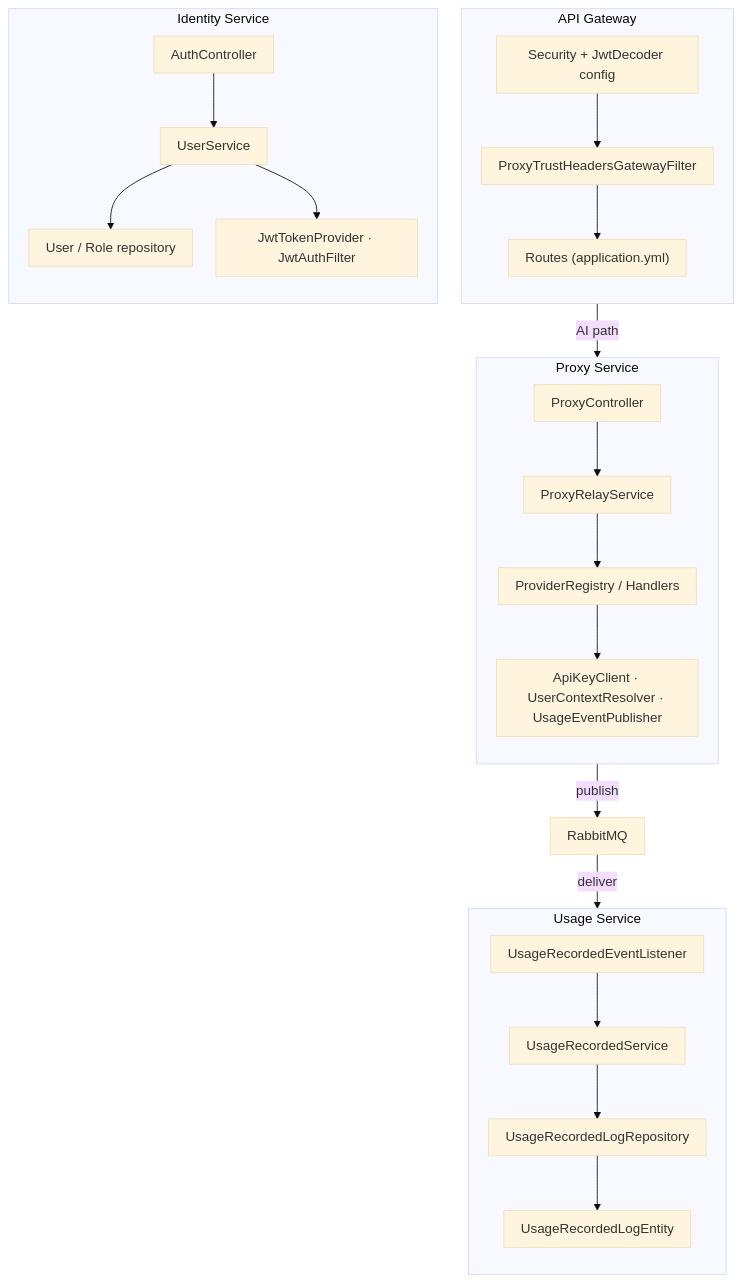
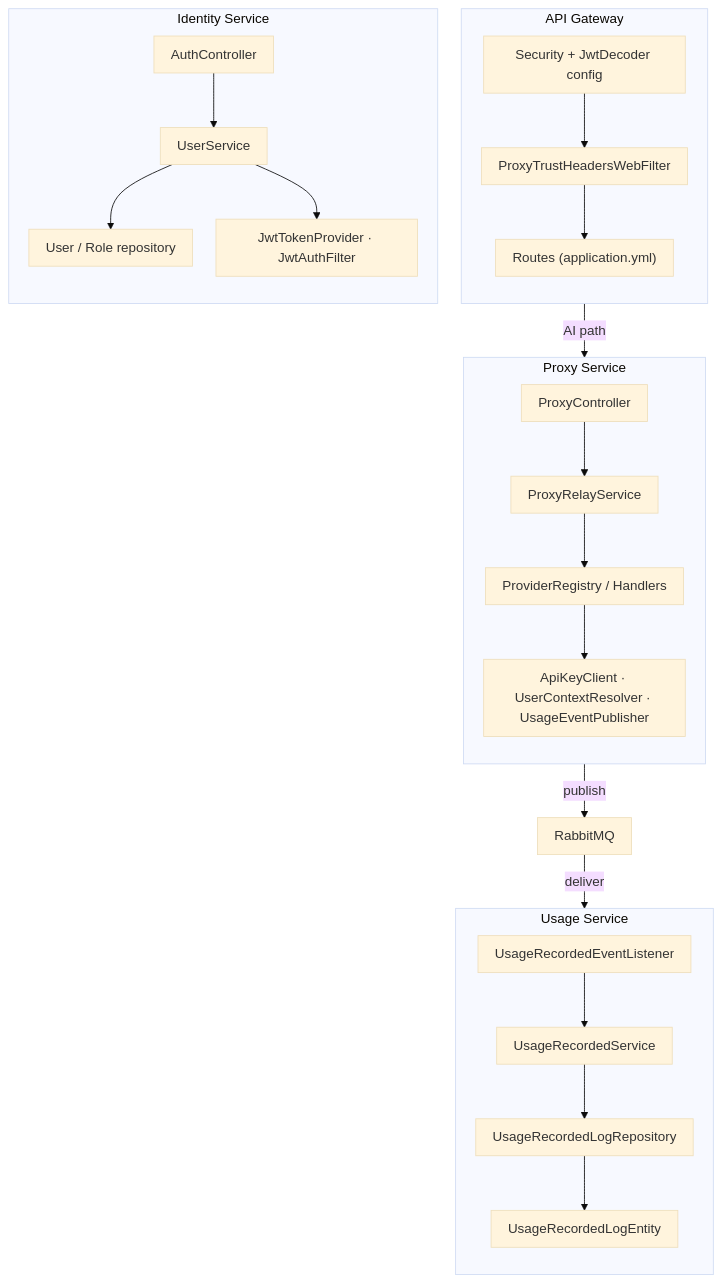
One commit to Zero-Bug-Freinds/ai-api-usage-monitor changed the third of 11 diagrams in docs/c4-architecture-diagrams.md. Above: the diagram before and after it, drawn with Mermaid (base theme). The commit also changed other lines of this file and 12 other files, not shown here.

````diff
--- a/docs/c4-architecture-diagrams.md
+++ b/docs/c4-architecture-diagrams.md
@@ -111,45 +111,45 @@
 ```mermaid
 %%{init: {'flowchart': {'htmlLabels': true, 'nodeSpacing': 28, 'rankSpacing': 40, 'padding': 10}}}%%
 flowchart TB
   subgraph GW["API Gateway"]
     direction TB
     gwSec["Security + JwtDecoder config"]
-    gwFilter["ProxyTrustHeadersGatewayFilter"]
+    gwFilter["ProxyTrustHeadersWebFilter"]
     gwRoute["Routes (application.yml)"]
     gwSec --> gwFilter --> gwRoute
   end
 
   subgraph PX["Proxy Service"]
     direction TB
     pxCtl["ProxyController"]
     pxRelay["ProxyRelayService"]
     pxReg["ProviderRegistry / Handlers"]
     pxRow["ApiKeyClient · UserContextResolver · UsageEventPublisher"]
     pxCtl --> pxRelay --> pxReg --> pxRow
   end
 
   RABBIT["RabbitMQ"]
 
   subgraph US["Usage Service"]
     direction TB
     usListener["UsageRecordedEventListener"]
     usSvc["UsageRecordedService"]
     usRepo["UsageRecordedLogRepository"]
     usEntity["UsageRecordedLogEntity"]
     usListener --> usSvc --> usRepo --> usEntity
   end
 
   subgraph ID["Identity Service"]
     direction TB
     idCtl["AuthController"]
     idSvc["UserService"]
     idRepo["User / Role repository"]
     idJwt["JwtTokenProvider · JwtAuthFilter"]
     idCtl --> idSvc --> idRepo
     idSvc --> idJwt
   end
 
   GW -->|AI path| PX
   PX -->|publish| RABBIT
   RABBIT -->|deliver| US
 ```
````
